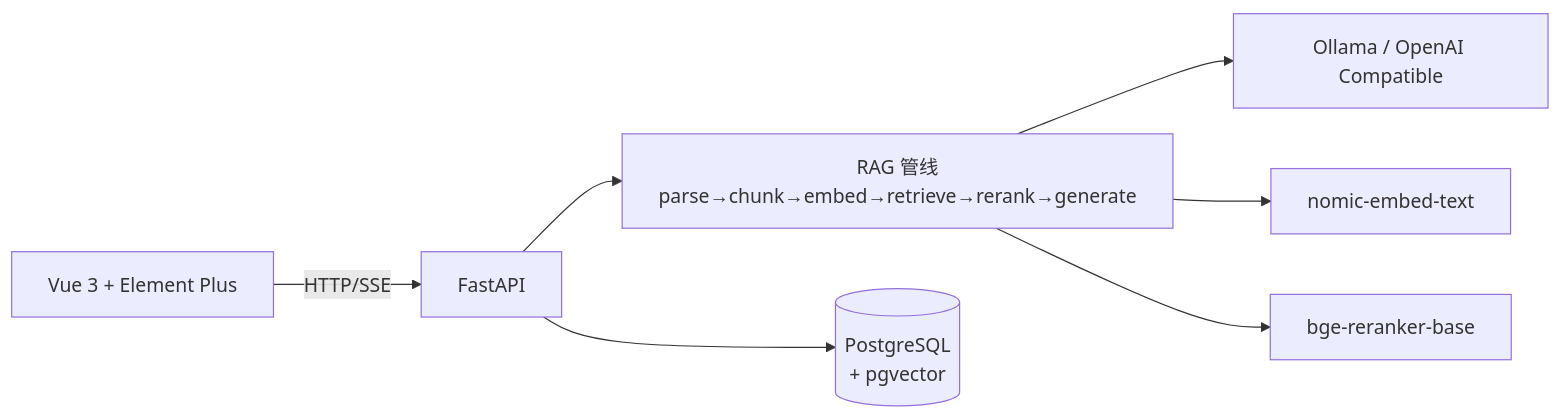
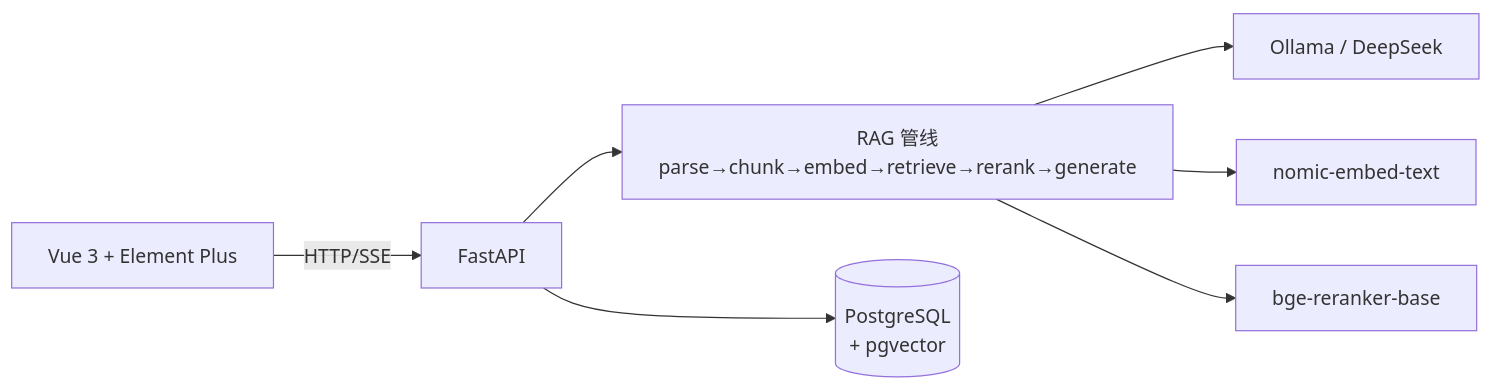
Before and after one commit to xiaoshuai0920-ux/insight-rag: the diagram in README.md, drawn with Mermaid. The commit also changed other lines of this file and 10 other files, not shown here.

Commit message:
feat: add DeepSeek provider and fix evidence conflict detection

````diff
--- a/README.md
+++ b/README.md
@@ -24,9 +24,9 @@
 ```mermaid
 flowchart LR
     FE["Vue 3 + Element Plus"] -->|HTTP/SSE| BE["FastAPI"]
     BE --> RAG["RAG 管线<br/>parse→chunk→embed→retrieve→rerank→generate"]
     BE --> PG[("PostgreSQL<br/>+ pgvector")]
-    RAG --> LLM["Ollama / OpenAI Compatible"]
+    RAG --> LLM["Ollama / DeepSeek"]
     RAG --> EMB["nomic-embed-text"]
     RAG --> RER["bge-reranker-base"]
 ```
````
